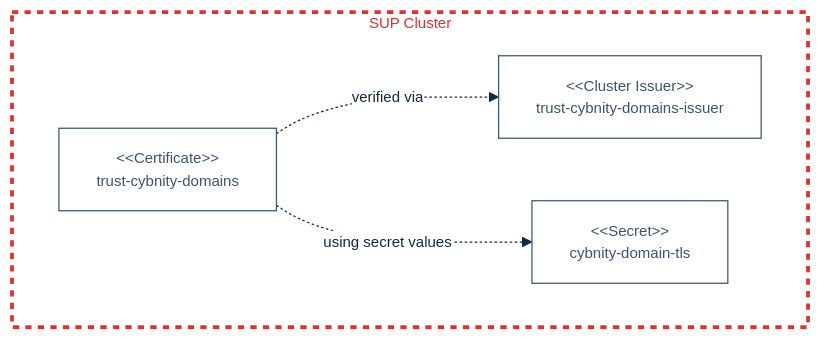
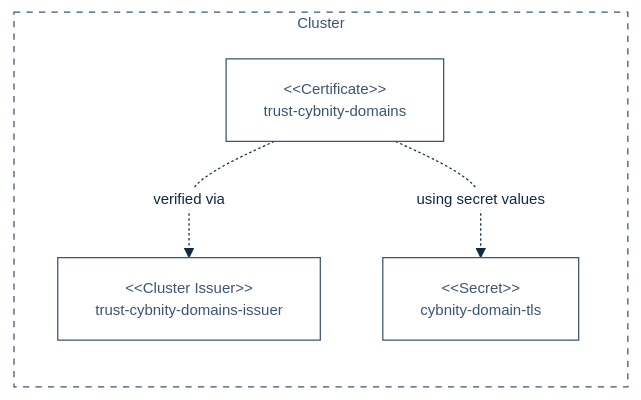
Before and after one commit to cybnity/foundation: the diagram in implementations-line/systems/technical-infrastructure/CYDEL01-cybsup01.md, drawn with Mermaid. The commit also changed other lines of this file, not shown here.

````diff
--- a/implementations-line/systems/technical-infrastructure/CYDEL01-cybsup01.md
+++ b/implementations-line/systems/technical-infrastructure/CYDEL01-cybsup01.md
@@ -418,52 +419,51 @@
       ```mermaid
       %%{
         init: {
           'theme': 'base',
           'themeVariables': {
               'background': '#ffffff',
               'fontFamily': 'arial',
               'fontSize': '12px',
               'primaryColor': '#fff',
               'primaryTextColor': '#0e2a43',
               'primaryBorderColor': '#0e2a43',
               'secondaryColor': '#fff',
               'secondaryTextColor': '#fff',
               'secondaryBorderColor': '#fff',
               'tertiaryColor': '#fff',
               'tertiaryTextColor': '#fff',
               'tertiaryBorderColor': '#fff',
               'lineColor': '#0e2a43',
               'titleColor': '#fff',
               'textColor': '#fff',
               'lineColor': '#0e2a43',
               'nodeTextColor': '#fff',
               'nodeBorder': '#0e2a43',
               'noteTextColor': '#fff',
               'noteBorderColor': '#fff'
           },
           'flowchart': { 'curve': 'monotoneY' }
         }
       }%%
       graph LR
-        subgraph cluster["SUP Cluster"]
-          direction LR
+        subgraph cluster["Cluster"]
           clusterIssuer1["#60;#60;Cluster Issuer#62;#62; \n trust-cybnity-domains-issuer"]
           certificate1["#60;#60;Certificate#62;#62; \n trust-cybnity-domains"]
           secret1["#60;#60;Secret#62;#62; \n cybnity-domain-tls"]
         end
 
         certificate1 -. "verified via" .-> clusterIssuer1
         certificate1 -. "using secret values" .-> secret1
 
         classDef mediumfill fill:#3a5572, stroke:#3a5572, color:#fff
 
         classDef red fill:#e5302a, stroke:#e5302a, color:#fff, stroke-width:3px
         classDef medium fill:#fff, stroke:#3a5572, color:#3a5572
         classDef mediumdot fill:#fff, stroke:#3a5572, color:#3a5572, stroke-dasharray: 5 5
         classDef reddot fill:#fff, stroke:#e5302a, color:#e5302a, stroke-dasharray: 5 5, stroke-width:3px
         classDef dark fill:#0e2a43, stroke:#fff, color:#fff
         classDef internalconfig fill:#0e2a43, stroke:#fff, color:#fff
 
         class clusterIssuer1,certificate1,secret1 medium;
-        class cluster reddot;
+        class cluster mediumdot;
       ```
````
